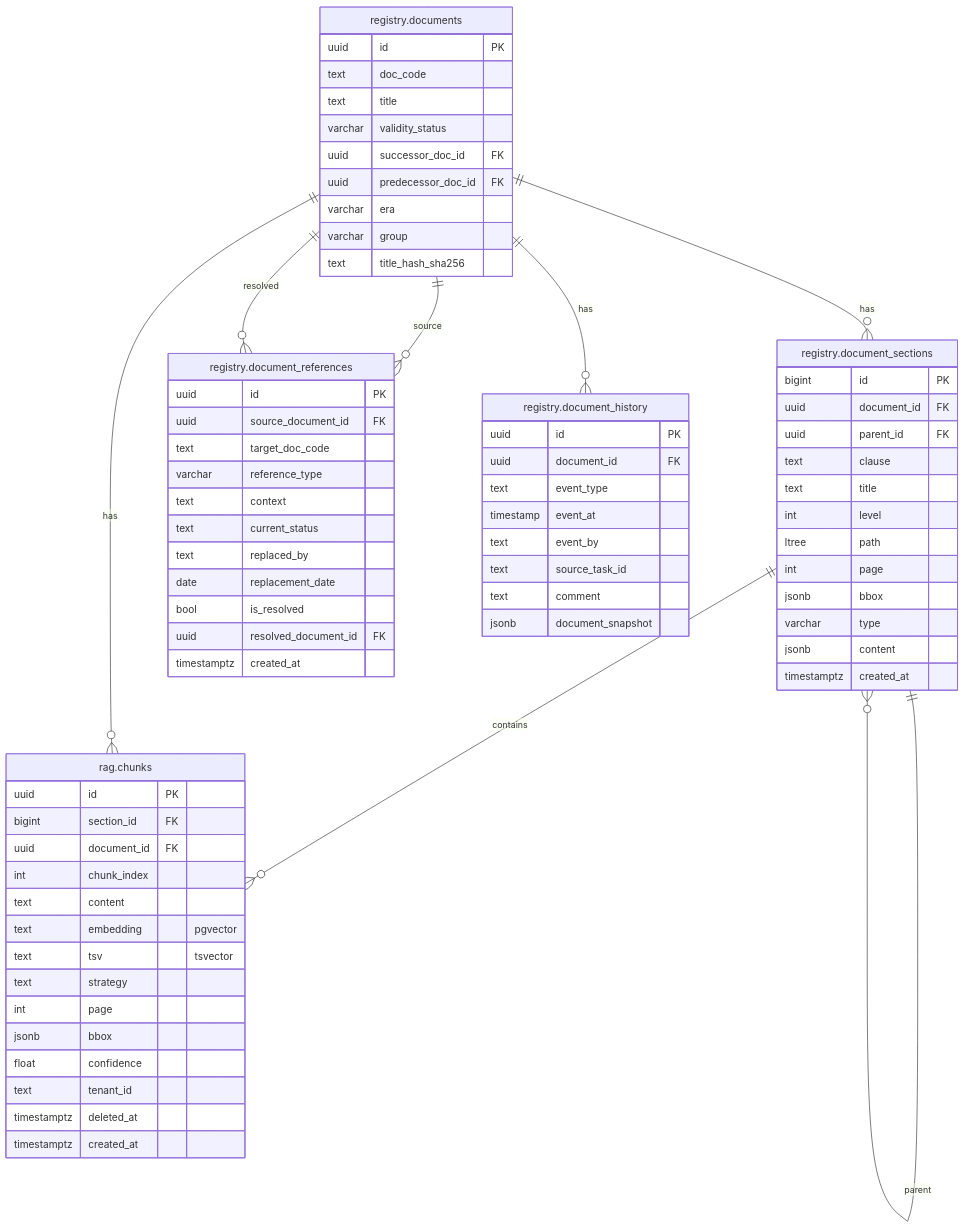
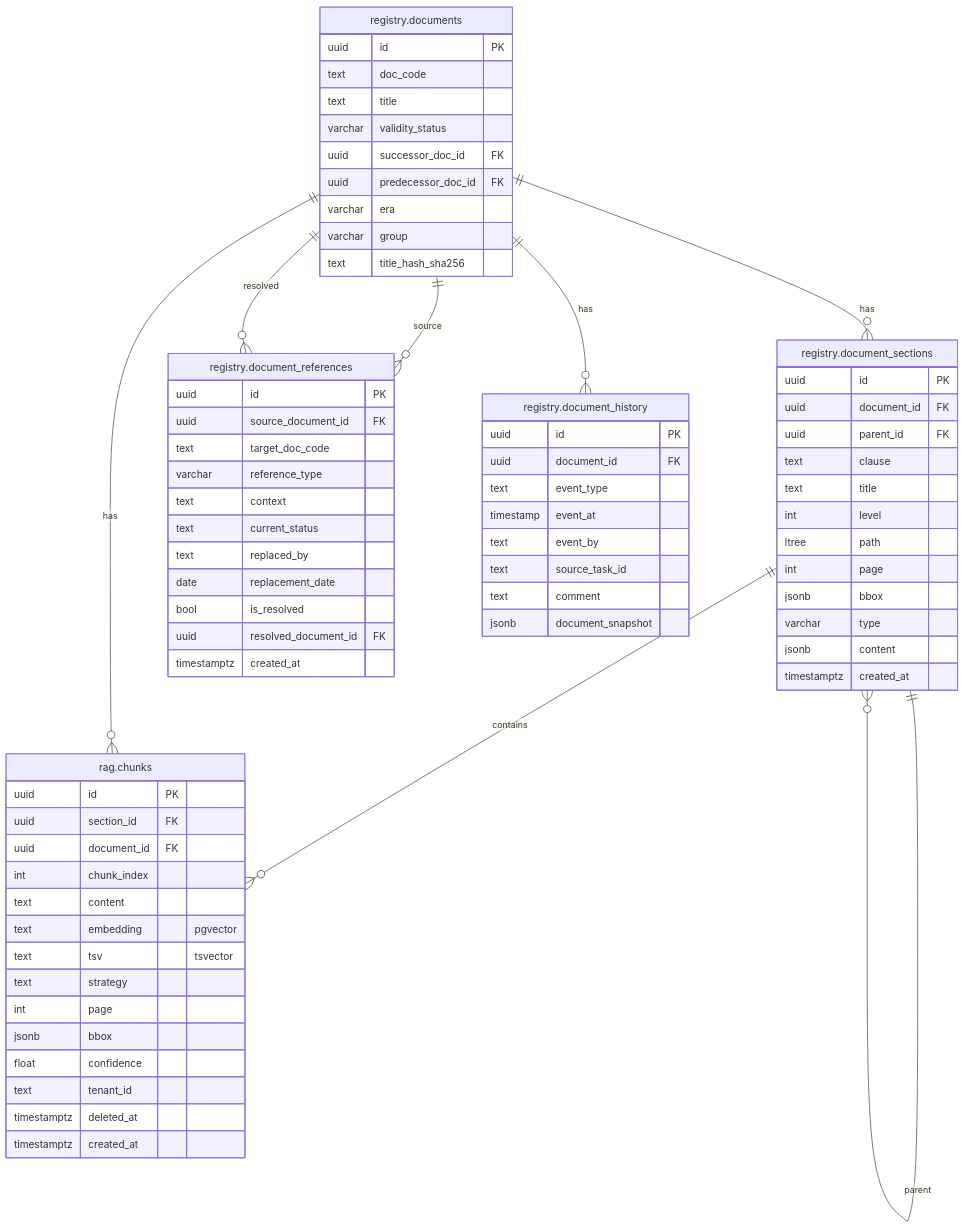
Before and after one commit to MasterKSAF/PKB: the diagram in docs/db_diagrams.md, drawn with Mermaid. The commit also changed 10 other files, not shown here.

````diff
--- a/docs/db_diagrams.md
+++ b/docs/db_diagrams.md
@@ -9,79 +9,79 @@
 ```mermaid
 erDiagram
     registry.documents {
         uuid id PK
         text doc_code
         text title
         varchar validity_status
         uuid successor_doc_id FK
         uuid predecessor_doc_id FK
         varchar era
         varchar group
         text title_hash_sha256
     }
 
     registry.document_sections {
-        bigint id PK
+        uuid id PK
         uuid document_id FK
         uuid parent_id FK
         text clause
         text title
         int level
         ltree path
         int page
         jsonb bbox
         varchar type
         jsonb content
         timestamptz created_at
     }
 
     rag.chunks {
         uuid id PK
-        bigint section_id FK
+        uuid section_id FK
         uuid document_id FK
         int chunk_index
         text content
         text embedding "pgvector"
         text tsv "tsvector"
         text strategy
         int page
         jsonb bbox
         float confidence
         text tenant_id
         timestamptz deleted_at
         timestamptz created_at
     }
 
     registry.document_references {
         uuid id PK
         uuid source_document_id FK
         text target_doc_code
         varchar reference_type
         text context
         text current_status
         text replaced_by
         date replacement_date
         bool is_resolved
         uuid resolved_document_id FK
         timestamptz created_at
     }
 
     registry.document_history {
         uuid id PK
         uuid document_id FK
         text event_type
         timestamp event_at
         text event_by
         text source_task_id
         text comment
         jsonb document_snapshot
     }
 
     registry.documents ||--o{ registry.document_sections : has
     registry.document_sections ||--o{ registry.document_sections : parent
     registry.document_sections ||--o{ rag.chunks : contains
     registry.documents ||--o{ registry.document_references : source
     registry.documents ||--o{ registry.document_references : resolved
     registry.documents ||--o{ rag.chunks : has
     registry.documents ||--o{ registry.document_history : has
 ```
````
